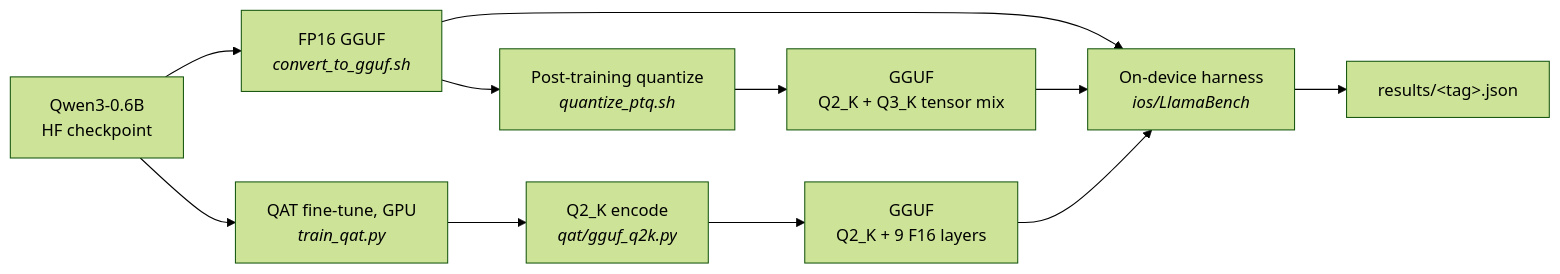
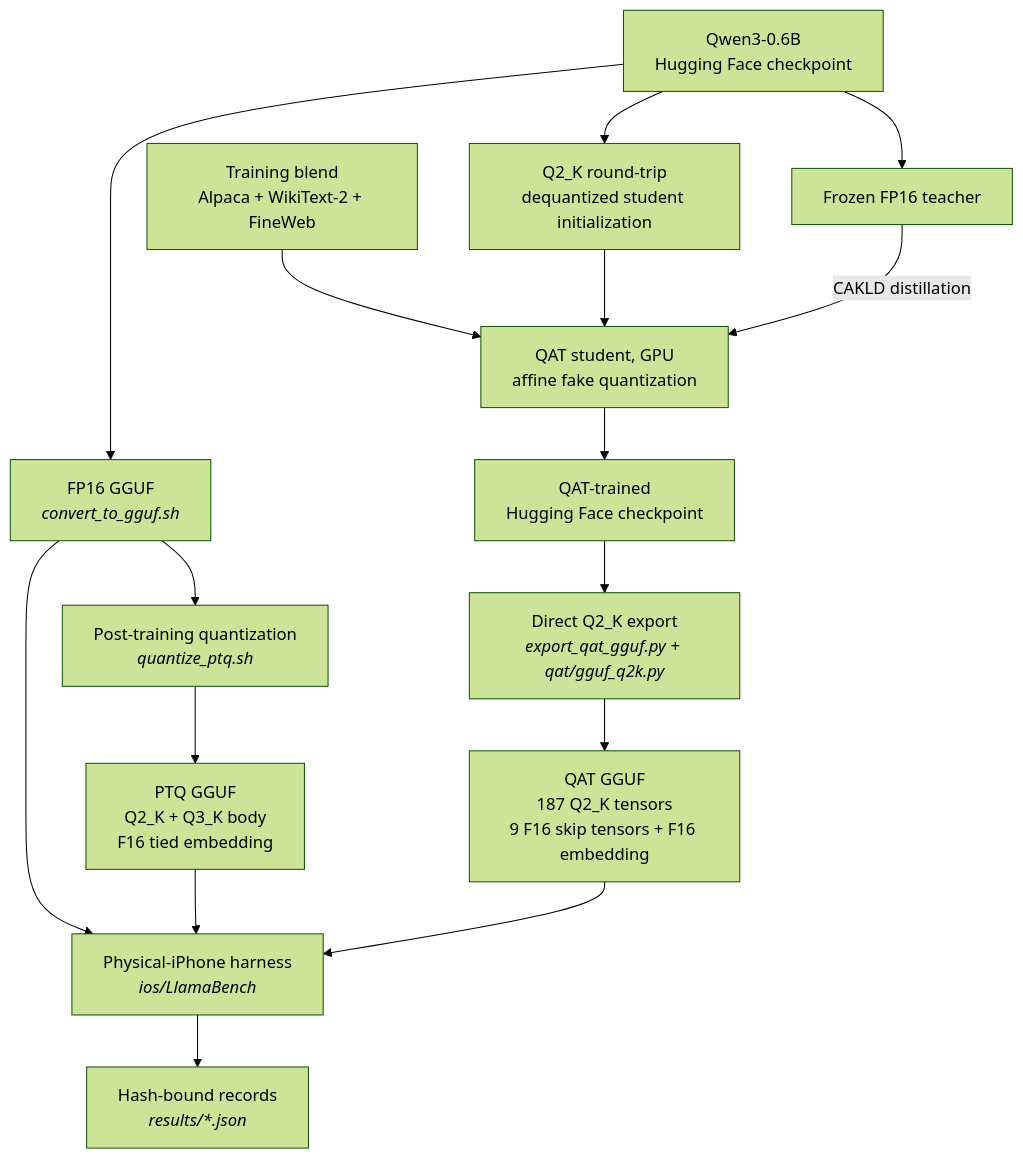
The diagram in README.md (AMR5210/arm-create-mobileai), drawn with Mermaid (forest theme) before and after one commit. The commit also changed other lines of this file and 5 other files, not shown here.

````diff
--- a/README.md
+++ b/README.md
@@ -198,13 +240,23 @@
 ```mermaid
-flowchart LR
-    HF["Qwen3-0.6B<br/>HF checkpoint"] --> FP16["FP16 GGUF<br/><i>convert_to_gguf.sh</i>"]
-    HF --> TRAIN["QAT fine-tune, GPU<br/><i>train_qat.py</i>"]
-    FP16 --> PTQ["Post-training quantize<br/><i>quantize_ptq.sh</i>"]
-    TRAIN --> ENC["Q2_K encode<br/><i>qat/gguf_q2k.py</i>"]
-    PTQ --> PTQ_GGUF["GGUF<br/>Q2_K + Q3_K tensor mix"]
-    ENC --> QAT_GGUF["GGUF<br/>Q2_K + 9 F16 layers"]
-    FP16 --> BENCH["On-device harness<br/><i>ios/LlamaBench</i>"]
+flowchart TB
+    HF["Qwen3-0.6B<br/>Hugging Face checkpoint"]
+    DATA["Training blend<br/>Alpaca + WikiText-2 + FineWeb"]
+
+    HF --> FP16["FP16 GGUF<br/><i>convert_to_gguf.sh</i>"]
+    FP16 --> PTQ["Post-training quantization<br/><i>quantize_ptq.sh</i>"]
+    PTQ --> PTQ_GGUF["PTQ GGUF<br/>Q2_K + Q3_K body<br/>F16 tied embedding"]
+
+    HF --> TEACHER["Frozen FP16 teacher"]
+    HF --> INIT["Q2_K round-trip<br/>dequantized student initialization"]
+    DATA --> TRAIN["QAT student, GPU<br/>affine fake quantization"]
+    INIT --> TRAIN
+    TEACHER -->|CAKLD distillation| TRAIN
+    TRAIN --> CHECKPOINT["QAT-trained<br/>Hugging Face checkpoint"]
+    CHECKPOINT --> EXPORT["Direct Q2_K export<br/><i>export_qat_gguf.py + qat/gguf_q2k.py</i>"]
+    EXPORT --> QAT_GGUF["QAT GGUF<br/>187 Q2_K tensors<br/>9 F16 skip tensors + F16 embedding"]
+
+    FP16 --> BENCH["Physical-iPhone harness<br/><i>ios/LlamaBench</i>"]
     PTQ_GGUF --> BENCH
     QAT_GGUF --> BENCH
-    BENCH --> RES["results/&lt;tag&gt;.json"]
+    BENCH --> RES["Hash-bound records<br/><i>results/*.json</i>"]
 ```
````
